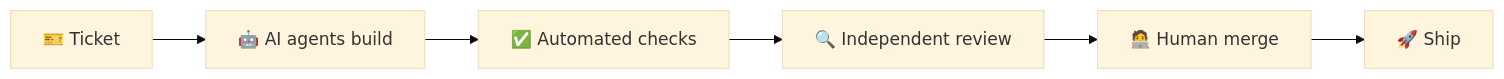
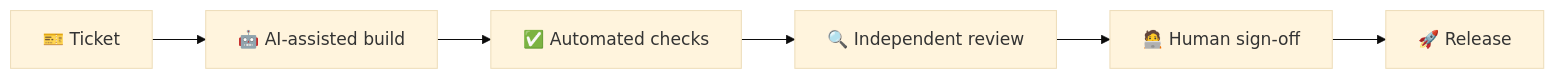
One commit to BEASTINCT-s-r-o/.github changed the diagram in profile/README.md. Above: the diagram before and after it, drawn with Mermaid (base theme). The commit also changed other lines of this file, not shown here.

````diff
--- a/profile/README.md
+++ b/profile/README.md
@@ -17,8 +26,8 @@
 ```mermaid
 flowchart LR
-  T[🎫 Ticket] --> A[🤖 AI agents build]
+  T[🎫 Ticket] --> A[🤖 AI-assisted build]
   A --> C[✅ Automated checks]
   C --> R[🔍 Independent review]
-  R --> H[🧑‍💻 Human merge]
-  H --> S[🚀 Ship]
+  R --> H[🧑‍💻 Human sign-off]
+  H --> S[🚀 Release]
 ```
````
